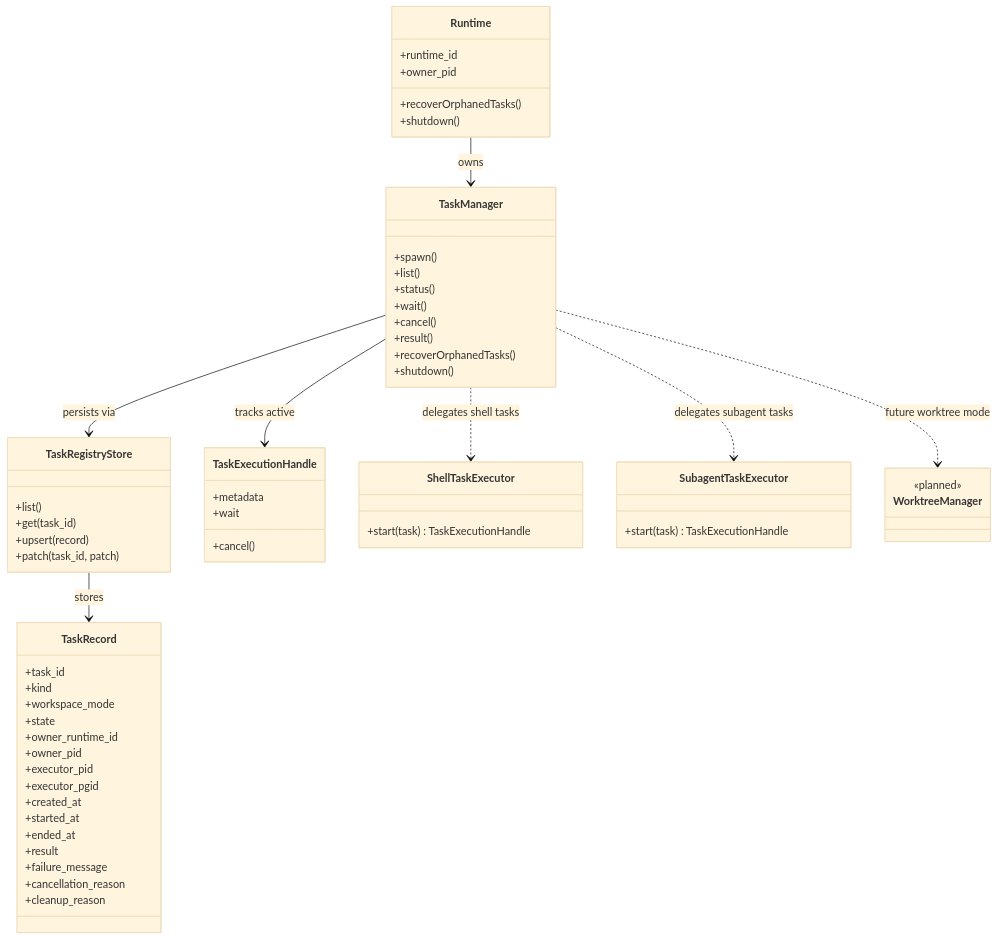
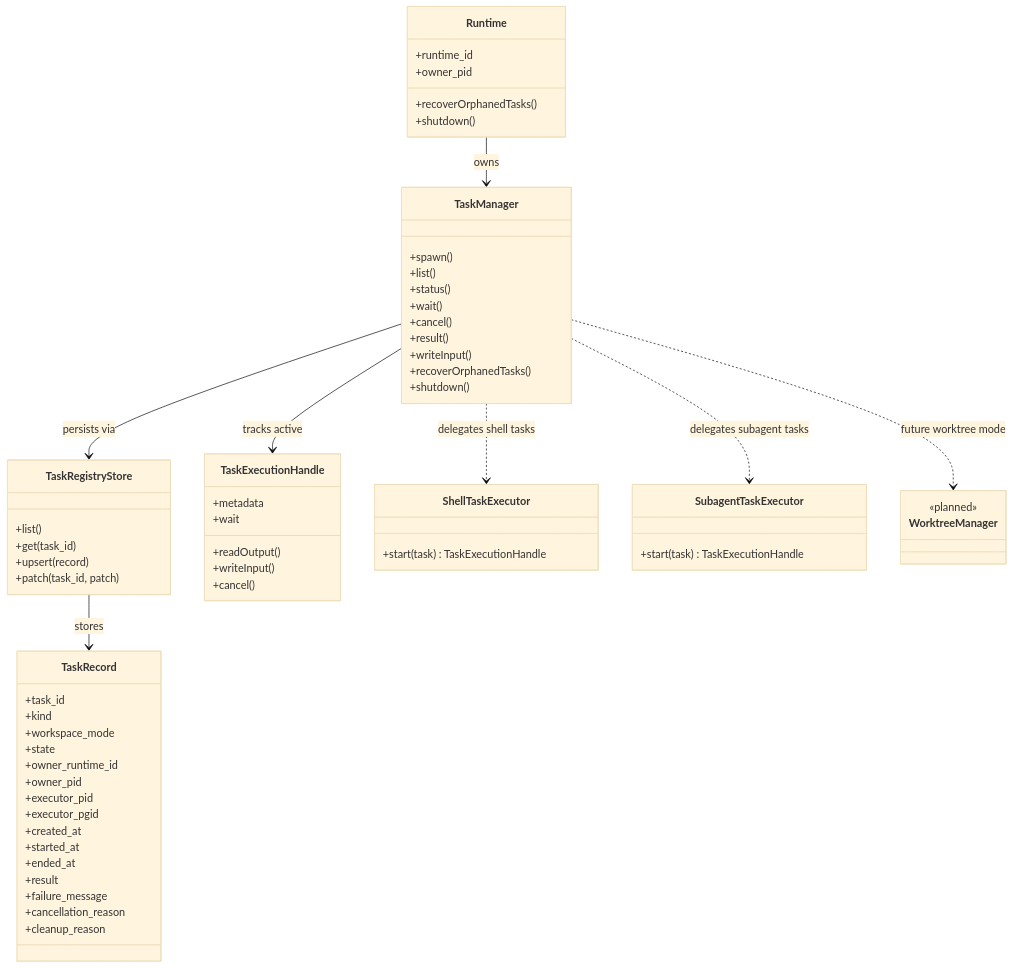
Before and after one commit to kousw/codelia: the first of 4 diagrams in dev-docs/specs/task-orchestration.md, drawn with Mermaid (base theme). The commit also changed 16 other files, not shown here.

````diff
--- a/dev-docs/specs/task-orchestration.md
+++ b/dev-docs/specs/task-orchestration.md
@@ -134,71 +134,74 @@
 ```mermaid
 classDiagram
   class Runtime {
     +runtime_id
     +owner_pid
     +recoverOrphanedTasks()
     +shutdown()
   }
 
   class TaskManager {
     +spawn()
     +list()
     +status()
     +wait()
     +cancel()
     +result()
+    +writeInput()
     +recoverOrphanedTasks()
     +shutdown()
   }
 
   class TaskRegistryStore {
     +list()
     +get(task_id)
     +upsert(record)
     +patch(task_id, patch)
   }
 
   class TaskRecord {
     +task_id
     +kind
     +workspace_mode
     +state
     +owner_runtime_id
     +owner_pid
     +executor_pid
     +executor_pgid
     +created_at
     +started_at
     +ended_at
     +result
     +failure_message
     +cancellation_reason
     +cleanup_reason
   }
 
   class TaskExecutionHandle {
     +metadata
     +wait
+    +readOutput()
+    +writeInput()
     +cancel()
   }
 
   class ShellTaskExecutor {
     +start(task) TaskExecutionHandle
   }
 
   class SubagentTaskExecutor {
     +start(task) TaskExecutionHandle
   }
 
   class WorktreeManager {
     <<planned>>
   }
 
   Runtime --> TaskManager : owns
   TaskManager --> TaskRegistryStore : persists via
   TaskRegistryStore --> TaskRecord : stores
   TaskManager --> TaskExecutionHandle : tracks active
   TaskManager ..> ShellTaskExecutor : delegates shell tasks
   TaskManager ..> SubagentTaskExecutor : delegates subagent tasks
   TaskManager ..> WorktreeManager : future worktree mode
 ```
````
